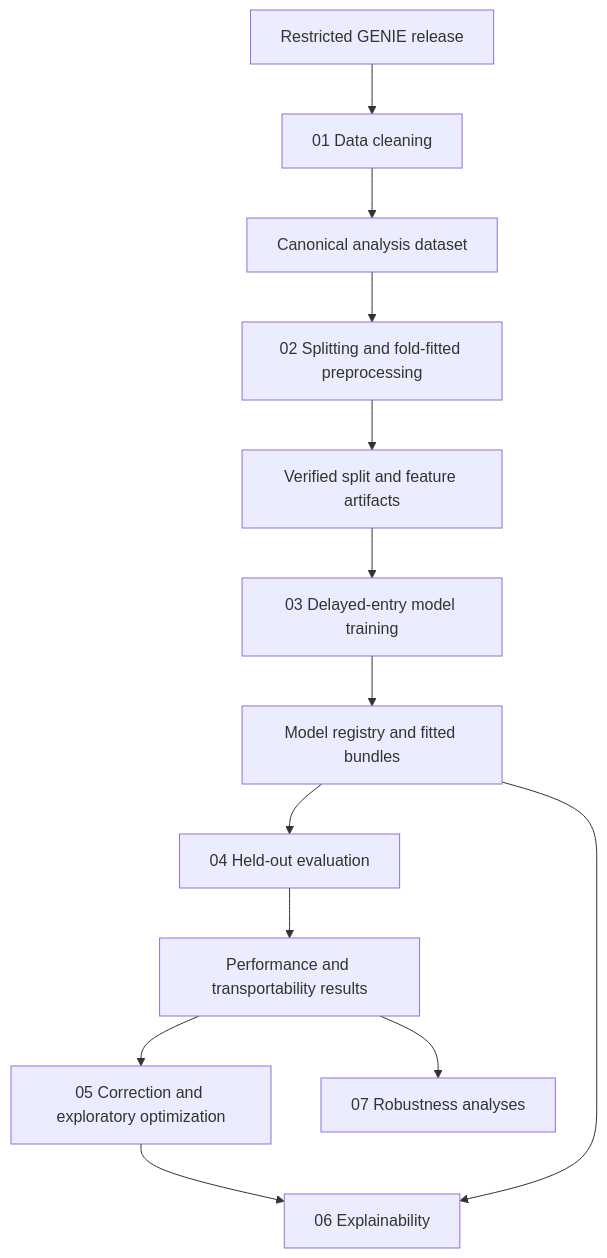
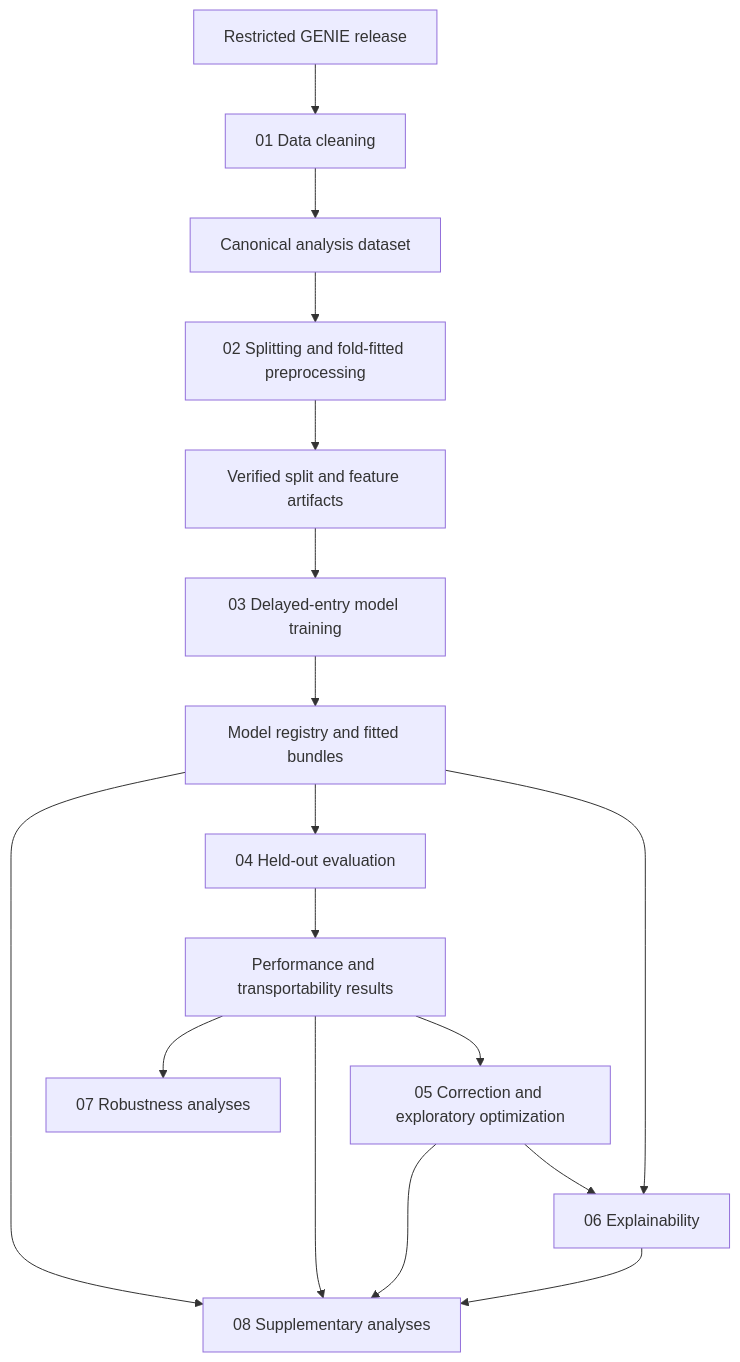
Before and after one commit to CamilaSarmiento52/genie-crc-folfox-survival-transportability: the diagram in README.md, drawn with Mermaid. The commit also changed other lines of this file and 10 other files, not shown here.

````diff
--- a/README.md
+++ b/README.md
@@ -59,15 +59,19 @@
 ```mermaid
 flowchart TD
     A["Restricted GENIE release"] --> N1["01 Data cleaning"]
     N1 --> D["Canonical analysis dataset"]
     D --> N2["02 Splitting and fold-fitted preprocessing"]
     N2 --> P["Verified split and feature artifacts"]
     P --> N3["03 Delayed-entry model training"]
     N3 --> M["Model registry and fitted bundles"]
     M --> N4["04 Held-out evaluation"]
     N4 --> E["Performance and transportability results"]
     E --> N5["05 Correction and exploratory optimization"]
     E --> N7["07 Robustness analyses"]
     N5 --> N6["06 Explainability"]
     M --> N6
+    M --> N8["08 Supplementary analyses"]
+    E --> N8
+    N5 --> N8
+    N6 --> N8
 ```
````
